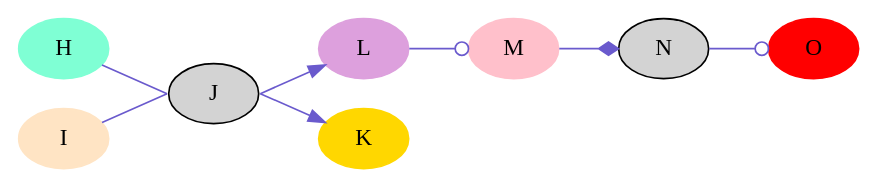
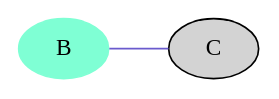
Before and after one commit to graphviz-perl/GraphViz2-Marpa-PathUtils: the diagram in out/clusters.out.07.001.gv, drawn with Graphviz. The commit also changed 56 other files, not shown here.

```diff
--- a/out/clusters.out.07.001.gv
+++ b/out/clusters.out.07.001.gv
@@ -1,22 +1,11 @@
 digraph Perl
 {
-	graph[ rankdir = "LR"]
-	node[ shape = "oval"]
-	edge[ color = "slateblue"]
-	node[ style = "filled"]
-	H[ color = "aquamarine"]
-	L[ color = "plum"]
-	M[ color = "pink"]
-	O[ color = "red"]
-	I[ color = "bisque"]
-	K[ color = "gold"]
-	J
-	I -> J[ arrowhead = "none" label = "" samehead = "1"]
-	H -> J[ arrowhead = "none" label = "" samehead = "1"]
-	J -> L[ label = "" sametail = "1"]
-	J -> K[ label = "" sametail = "1"]
-	L -> M[ arrowhead = "odot"]
-	M -> N[ arrowhead = "diamond"]
-	N -> O[ arrowhead = "odot"]
+	graph[rankdir = "LR"]
+	node[shape = "oval"]
+	edge[color = "slateblue"]
+	node[style = "filled"]
+	B[color = "aquamarine"]
+	C
+	B -> C[arrowhead = "none" label = "" samehead = "1"]
 
 }
```
